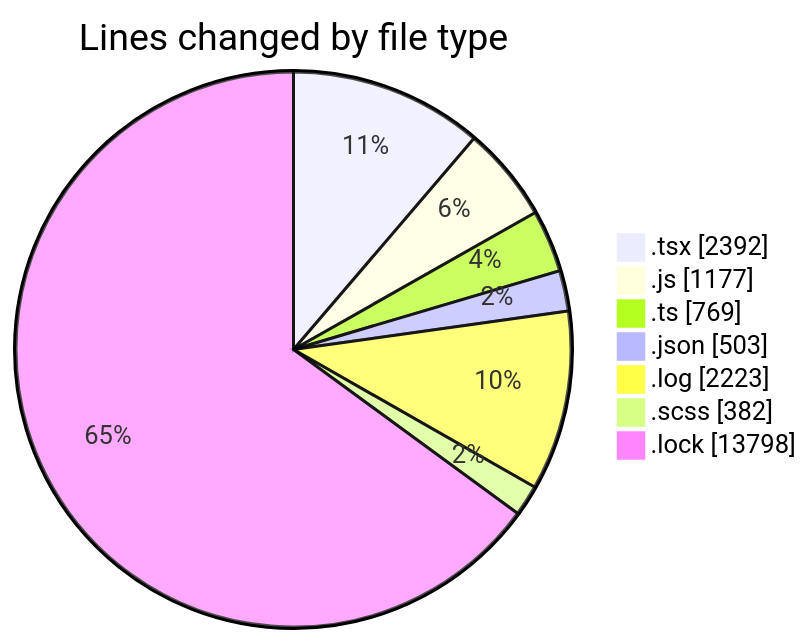
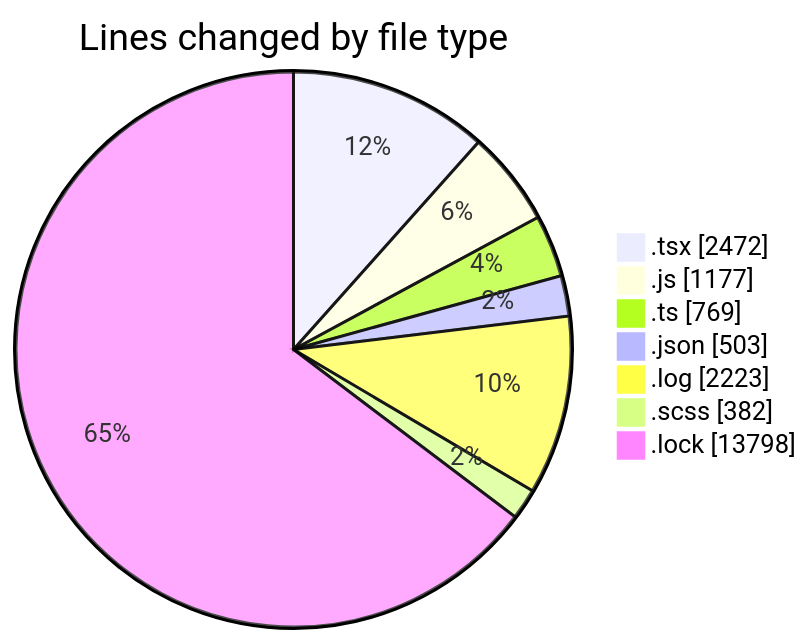
One commit to momahboobian/code-tracking changed the first of 2 diagrams in 2026-04-17/cda/README.md. Above: the diagram before and after it, drawn with Mermaid. The commit also changed other lines of this file and 1 other file, not shown here.

````diff
--- a/2026-04-17/cda/README.md
+++ b/2026-04-17/cda/README.md
@@ -49,11 +49,11 @@
 ```mermaid
 pie showData
 title Lines changed by file type
-".tsx" : 2392
+".tsx" : 2472
 ".js" : 1177
 ".ts" : 769
 ".json" : 503
 ".log" : 2223
 ".scss" : 382
 ".lock" : 13798
 ```
````
